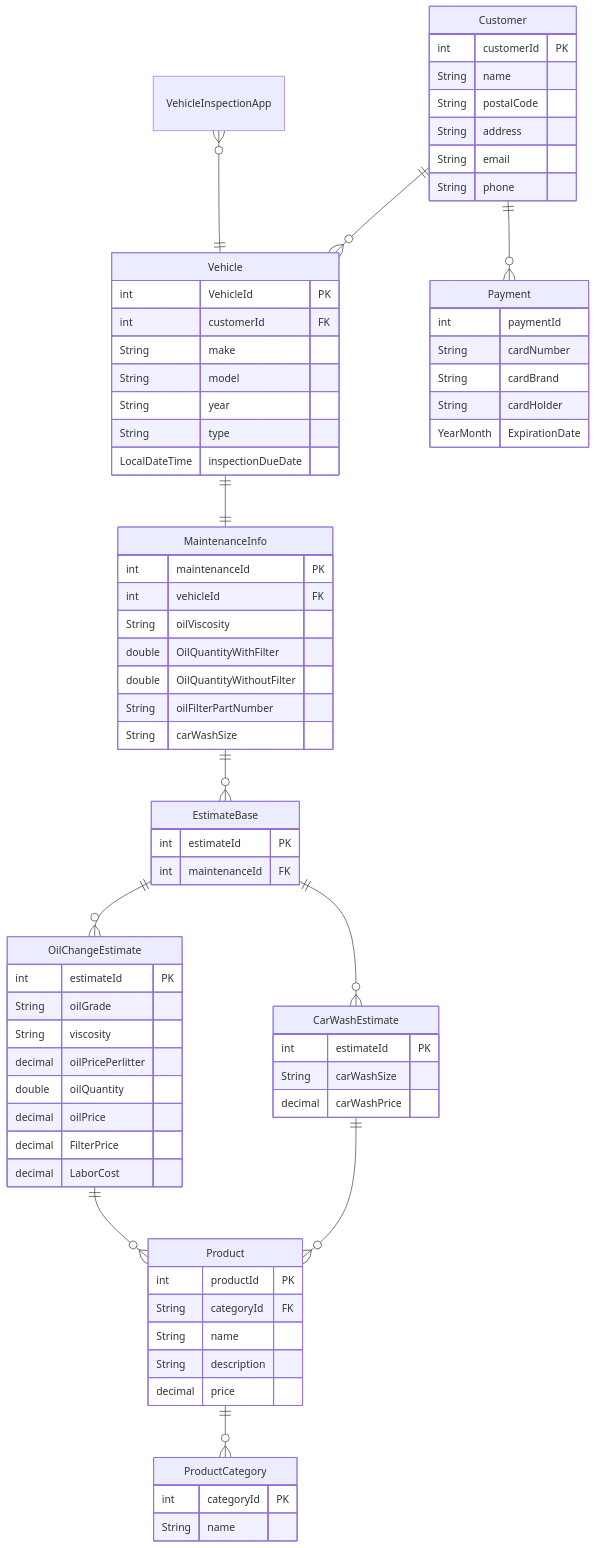
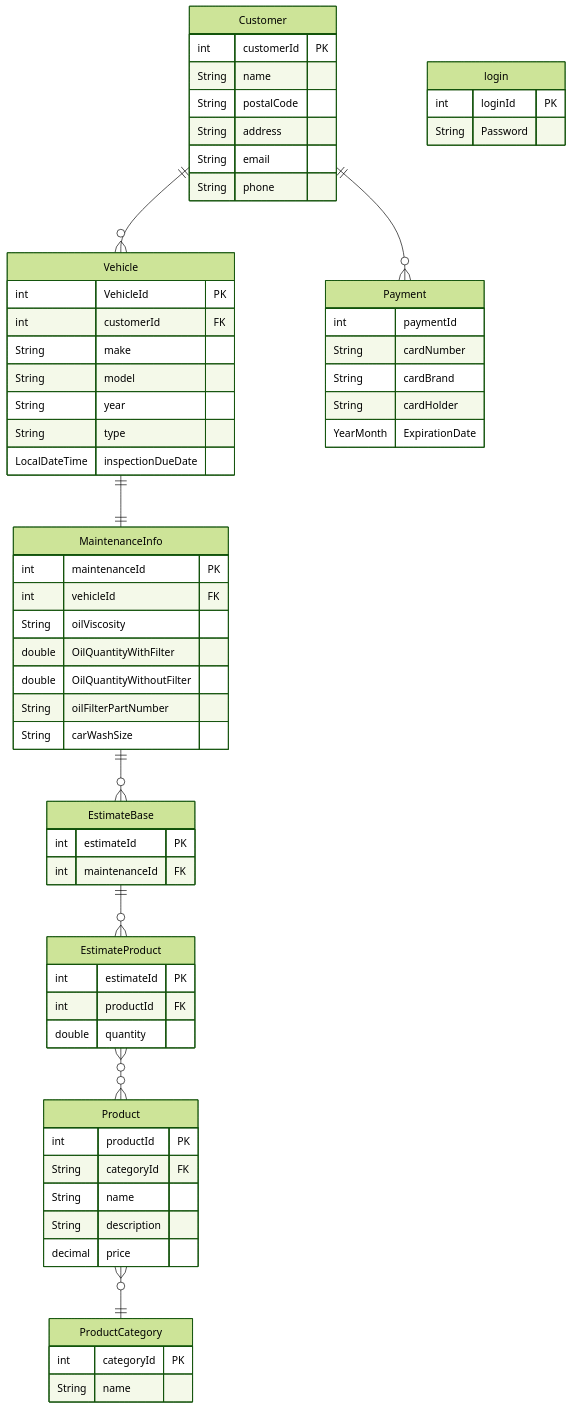
Before and after one commit to u-1pena/vehicle_estimate: the second of 3 diagrams in README.md, drawn with Mermaid. The commit also changed other lines of this file, not shown here.

Commit message:
READMEを実装.md

````diff
--- a/README.md
+++ b/README.md
@@ -121,83 +134,74 @@
 ```mermaid
-
+---
+config:
+  theme: forest
+---
 erDiagram
-    VehicleInspectionApp }o--|| Vehicle: ""
-    Customer ||--o{ Vehicle: ""
-    Customer ||--o{ Payment: ""
-    Vehicle ||--|| MaintenanceInfo: ""
-    EstimateBase ||--o{ OilChangeEstimate: ""
-    EstimateBase ||--o{ CarWashEstimate: ""
-    MaintenanceInfo ||--o{ EstimateBase: ""
-    OilChangeEstimate ||--o{ Product: ""
-    CarWashEstimate ||--o{ Product: ""
-    Product ||--o{ ProductCategory: ""
-
-    Customer {
+    Customer ||--o{ Vehicle : ""
+    Customer ||--o{ Payment : ""
+    Vehicle ||--|| MaintenanceInfo : ""
+    EstimateBase ||--o{ EstimateProduct : ""
+    MaintenanceInfo||--o{ EstimateBase : ""
+    EstimateProduct}o--o{ Product : ""
+    Product }o--|| ProductCategory : ""
+    login{
+        int loginId PK
+        String Password
+    }
+    Customer{
         int customerId PK
         String name
         String postalCode
         String address
-        String email
-        String phone
-    }
-    Payment {
-        int paymentId
-        String cardNumber
-        String cardBrand
-        String cardHolder
-        YearMonth ExpirationDate
-    }
+        String email 
+        String phone 
+        }
+    Payment{
+            int paymentId
+            String cardNumber
+            String cardBrand
+            String cardHolder
+            YearMonth ExpirationDate
+        }
 
-    VehicleInspectionApp {
-    }
-    Vehicle {
-        int VehicleId PK
-        int customerId FK
-        String make
-        String model
-        String year
-        String type
-        LocalDateTime inspectionDueDate
-    }
-    MaintenanceInfo {
+    Vehicle{
+         int VehicleId PK
+         int customerId FK
+         String make
+         String model
+         String year
+         String type
+         LocalDateTime inspectionDueDate
+         }
+    MaintenanceInfo{
         int maintenanceId PK
         int vehicleId FK
         String oilViscosity
         double OilQuantityWithFilter
         double OilQuantityWithoutFilter
         String oilFilterPartNumber
         String carWashSize
-    }
-    EstimateBase {
+        }
+    EstimateBase{
         int estimateId PK
         int maintenanceId FK
     }
-    OilChangeEstimate {
-        int estimateId PK
-        String oilGrade
-        String viscosity
-        decimal oilPricePerlitter
-        double oilQuantity
-        decimal oilPrice
-        decimal FilterPrice
-        decimal LaborCost
-    }
-    CarWashEstimate {
-        int estimateId PK
-        String carWashSize
-        decimal carWashPrice
-    }
-
-    Product {
+        EstimateProduct{
+            int estimateId PK
+            int productId FK
+            double quantity
+        }
+    Product{
         int productId PK
         String categoryId FK
         String name
         String description
         decimal price
-    }
-    ProductCategory {
-        int categoryId PK
-        String name
-    }
+    } 
+        ProductCategory{
+            int categoryId PK
+            String name
+        }
+
 
 ```
````
